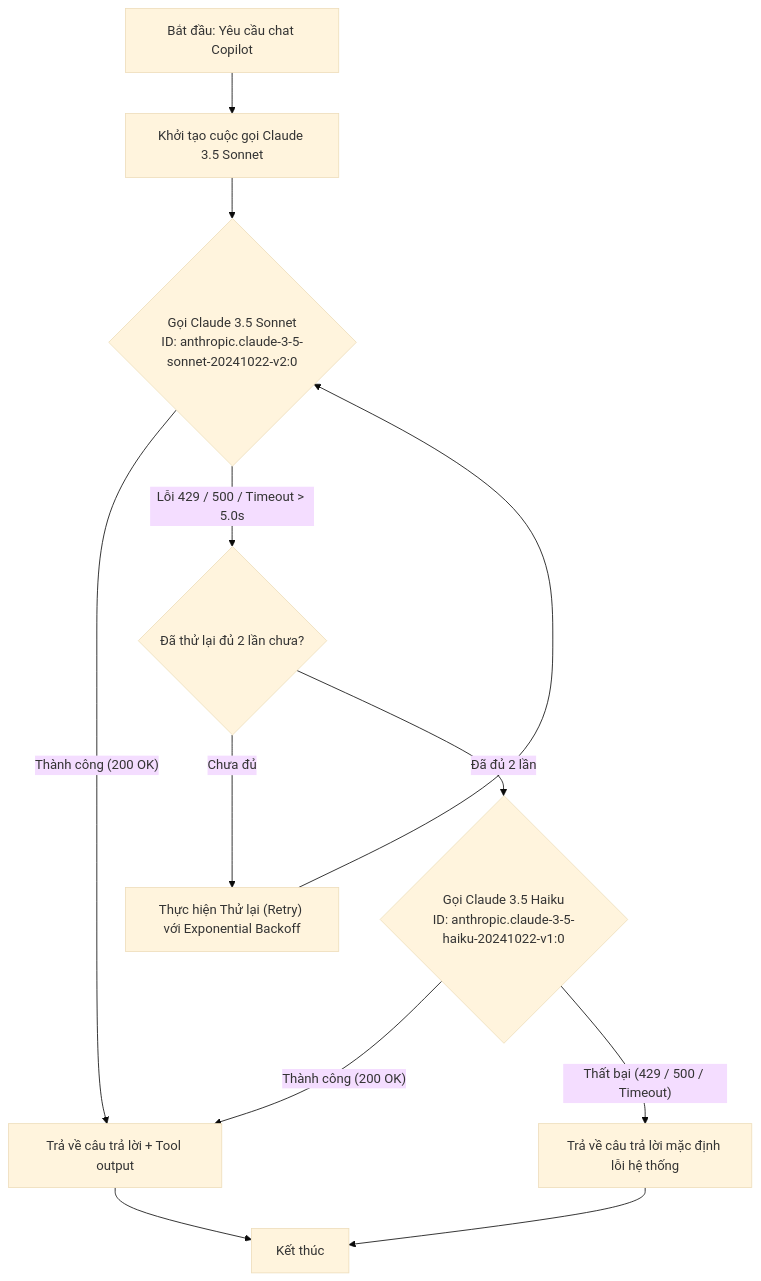
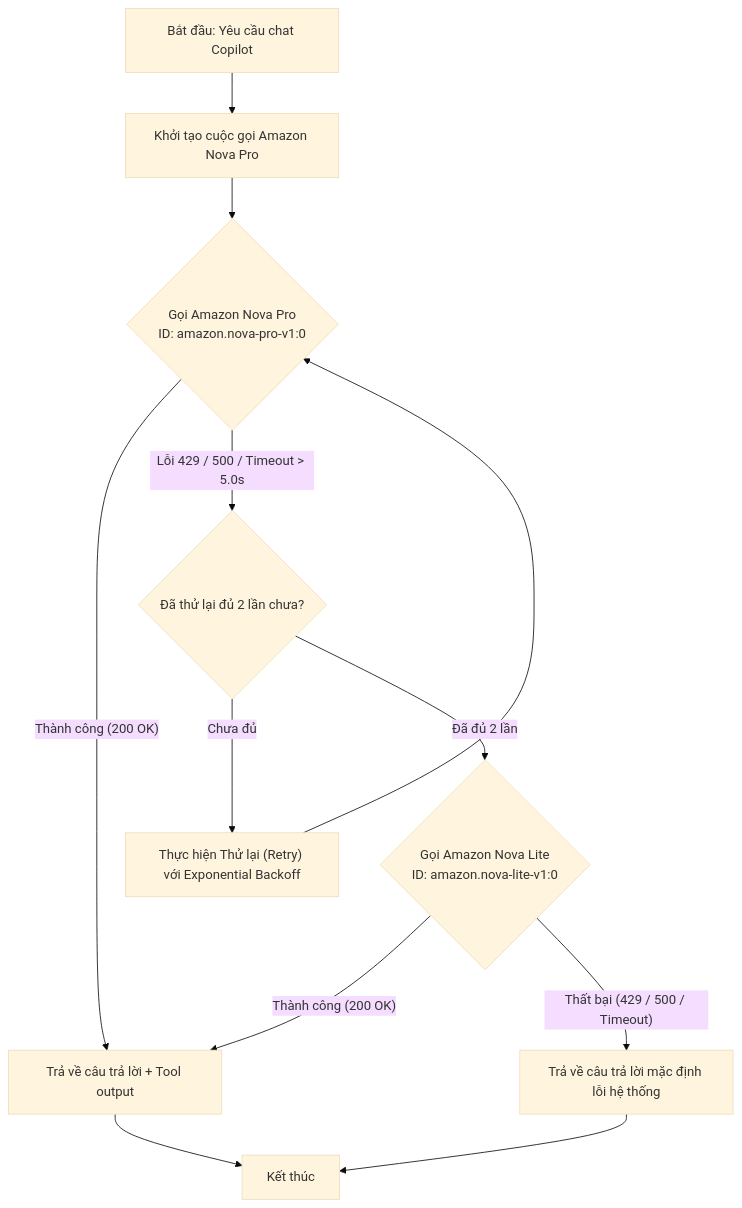
Before and after one commit to nguyenductien-qnm/capstone-phase-3: the second of 2 diagrams in docs/ai/specs/fallback_retry.md, drawn with Mermaid (base theme). The commit also changed other lines of this file and 5 other files, not shown here.

Commit message:
docs: replace Claude models with Amazon Nova models to ensure 100% credit-eligibility and bash cash cost

````diff
--- a/docs/ai/specs/fallback_retry.md
+++ b/docs/ai/specs/fallback_retry.md
@@ -45,19 +45,19 @@
 ```mermaid
 graph TD
-    StartChat["Bắt đầu: Yêu cầu chat Copilot"] --> InitCallClaude["Khởi tạo cuộc gọi Claude 3.5 Sonnet"]
-    InitCallClaude --> CallSonnet{"Gọi Claude 3.5 Sonnet<br>ID: anthropic.claude-3-5-sonnet-20241022-v2:0"}
+    StartChat["Bắt đầu: Yêu cầu chat Copilot"] --> InitCallNovaPro["Khởi tạo cuộc gọi Amazon Nova Pro"]
+    InitCallNovaPro --> CallNovaPro{"Gọi Amazon Nova Pro<br>ID: amazon.nova-pro-v1:0"}
     
-    CallSonnet -- "Thành công (200 OK)" --> ReturnChat["Trả về câu trả lời + Tool output"]
+    CallNovaPro -- "Thành công (200 OK)" --> ReturnChat["Trả về câu trả lời + Tool output"]
     
-    CallSonnet -- "Lỗi 429 / 500 / Timeout > 5.0s" --> CheckRetryChat{"Đã thử lại đủ 2 lần chưa?"}
-    CheckRetryChat -- "Chưa đủ" --> RetrySonnet["Thực hiện Thử lại (Retry) với Exponential Backoff"]
-    RetrySonnet --> CallSonnet
+    CallNovaPro -- "Lỗi 429 / 500 / Timeout > 5.0s" --> CheckRetryChat{"Đã thử lại đủ 2 lần chưa?"}
+    CheckRetryChat -- "Chưa đủ" --> RetryNovaPro["Thực hiện Thử lại (Retry) với Exponential Backoff"]
+    RetryNovaPro --> CallNovaPro
     
-    CheckRetryChat -- "Đã đủ 2 lần" --> CallHaiku{"Gọi Claude 3.5 Haiku<br>ID: anthropic.claude-3-5-haiku-20241022-v1:0"}
+    CheckRetryChat -- "Đã đủ 2 lần" --> CallNovaLite{"Gọi Amazon Nova Lite<br>ID: amazon.nova-lite-v1:0"}
     
-    CallHaiku -- "Thành công (200 OK)" --> ReturnChat
-    CallHaiku -- "Thất bại (429 / 500 / Timeout)" --> CallMockChat["Trả về câu trả lời mặc định lỗi hệ thống"]
+    CallNovaLite -- "Thành công (200 OK)" --> ReturnChat
+    CallNovaLite -- "Thất bại (429 / 500 / Timeout)" --> CallMockChat["Trả về câu trả lời mặc định lỗi hệ thống"]
     
     CallMockChat --> EndChat["Kết thúc"]
     ReturnChat --> EndChat
 ```
````
